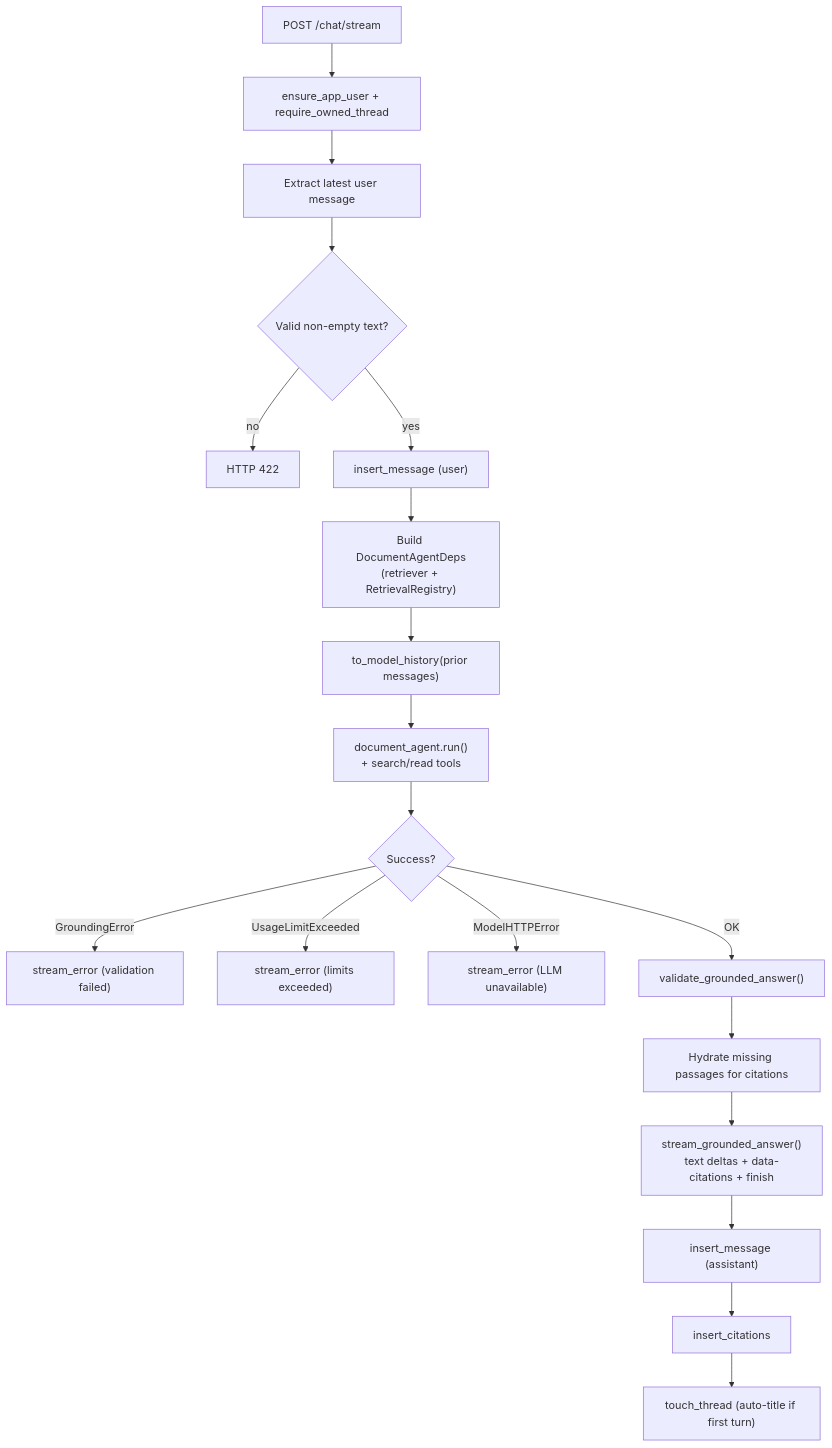
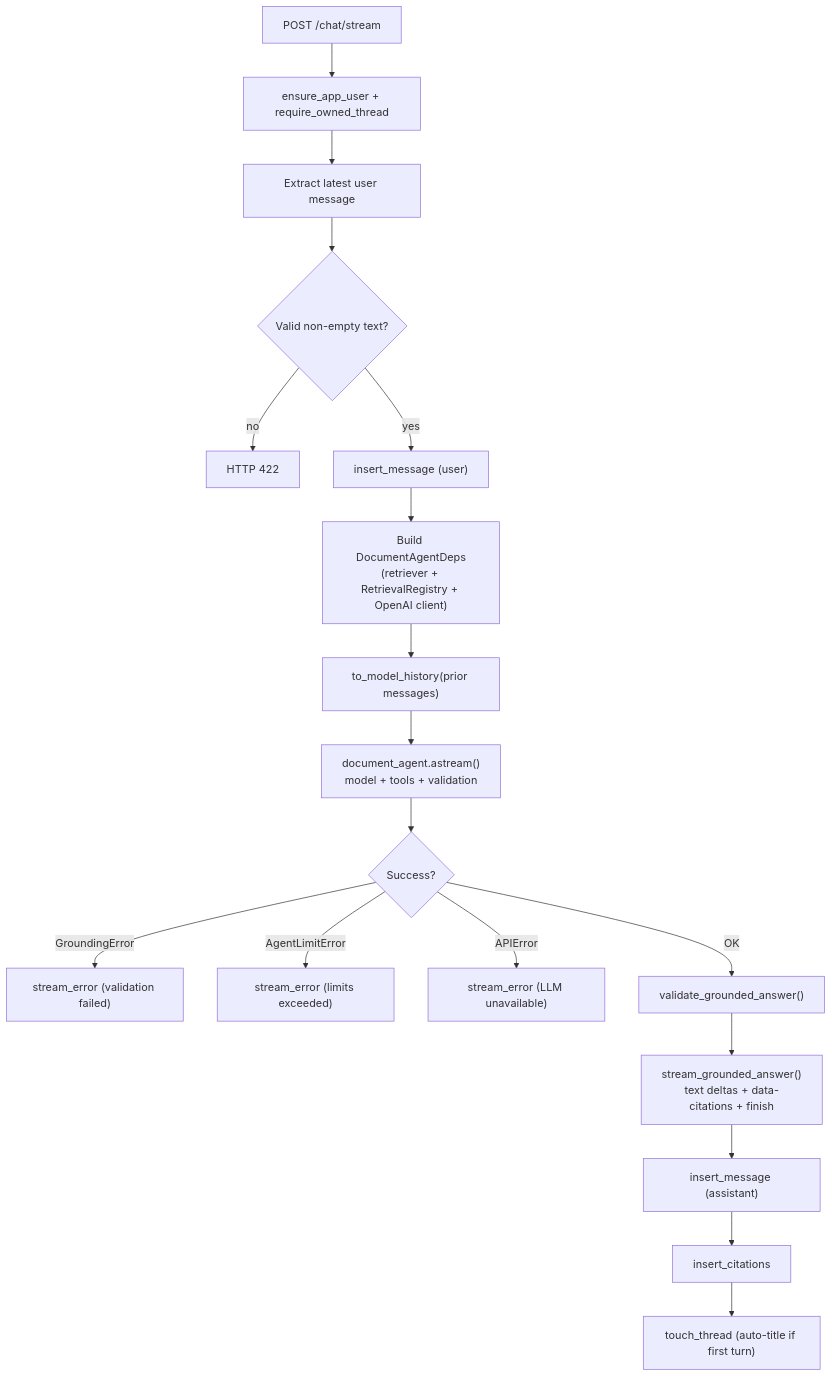
The diagram in backend/app/chat/README.md (ebidotpy/SEC-filings-assistant), drawn with Mermaid before and after one commit. The commit also changed other lines of this file and 41 other files, not shown here.

````diff
--- a/backend/app/chat/README.md
+++ b/backend/app/chat/README.md
@@ -58,21 +59,20 @@
 ```mermaid
 flowchart TD
     A["POST /chat/stream"] --> B["ensure_app_user + require_owned_thread"]
     B --> C["Extract latest user message"]
     C --> D{"Valid non-empty text?"}
     D -->|no| E["HTTP 422"]
     D -->|yes| F["insert_message (user)"]
-    F --> G["Build DocumentAgentDeps\n(retriever + RetrievalRegistry)"]
+    F --> G["Build DocumentAgentDeps\n(retriever + RetrievalRegistry + OpenAI client)"]
     G --> H["to_model_history(prior messages)"]
-    H --> I["document_agent.run()\n+ search/read tools"]
+    H --> I["document_agent.astream()\nmodel + tools + validation"]
     I --> J{"Success?"}
     J -->|GroundingError| K["stream_error (validation failed)"]
-    J -->|UsageLimitExceeded| L["stream_error (limits exceeded)"]
-    J -->|ModelHTTPError| M["stream_error (LLM unavailable)"]
+    J -->|AgentLimitError| L["stream_error (limits exceeded)"]
+    J -->|APIError| M["stream_error (LLM unavailable)"]
     J -->|OK| N["validate_grounded_answer()"]
-    N --> O["Hydrate missing passages for citations"]
-    O --> P["stream_grounded_answer()\ntext deltas + data-citations + finish"]
+    N --> P["stream_grounded_answer()\ntext deltas + data-citations + finish"]
     P --> Q["insert_message (assistant)"]
     Q --> R["insert_citations"]
     R --> S["touch_thread (auto-title if first turn)"]
 ```
````
